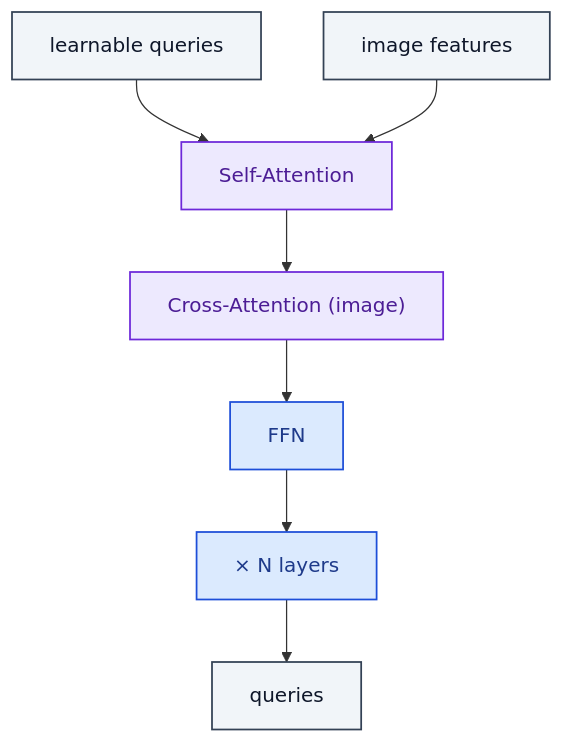
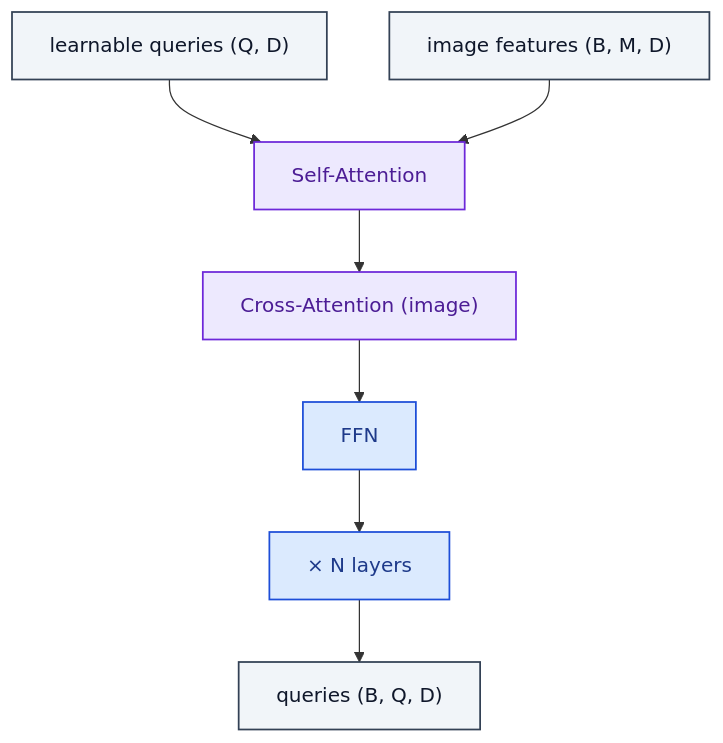
One commit to RealityShifts/Srivastava-book-of-Blocks-diagrams changed the diagram in multimodal/QFormer.md. Above: the diagram before and after it, drawn with Mermaid. The commit also changed 123 other files, not shown here.

````diff
--- a/multimodal/QFormer.md
+++ b/multimodal/QFormer.md
@@ -7,25 +7,26 @@
 ```mermaid
 flowchart TD
-    n0_0["learnable queries"]:::io
-    n0_1["image features"]:::io
+    n0_0["learnable queries  (Q, D)"]:::io
+    n0_1["image features  (B, M, D)"]:::io
     n1_0["Self-Attention"]:::attn
     n2_0["Cross-Attention (image)"]:::attn
     n3_0["FFN"]:::op
     n4_0["× N layers"]:::op
-    n5_0["queries"]:::io
+    n5_0["queries  (B, Q, D)"]:::io
     n0_0 --> n1_0
     n0_1 --> n1_0
     n1_0 --> n2_0
     n2_0 --> n3_0
     n3_0 --> n4_0
     n4_0 --> n5_0
     classDef io fill:#f1f5f9,stroke:#334155,stroke-width:1.4px,color:#0f172a
     classDef op fill:#dbeafe,stroke:#1d4ed8,stroke-width:1.4px,color:#1e3a8a
     classDef norm fill:#dcfce7,stroke:#15803d,stroke-width:1.4px,color:#14532d
     classDef act fill:#ffedd5,stroke:#c2410c,stroke-width:1.4px,color:#7c2d12
     classDef attn fill:#ede9fe,stroke:#6d28d9,stroke-width:1.4px,color:#4c1d95
     classDef merge fill:#fef3c7,stroke:#b45309,stroke-width:1.4px,color:#78350f
     classDef emb fill:#fef9c3,stroke:#a16207,stroke-width:1.4px,color:#713f12
     classDef loss fill:#fee2e2,stroke:#b91c1c,stroke-width:1.4px,color:#7f1d1d
     classDef ctrl fill:#f5f5f4,stroke:#52525b,stroke-width:1.4px,color:#27272a
+    classDef ref fill:#e0f2fe,stroke:#0369a1,stroke-width:2px,color:#0c4a6e,stroke-dasharray: 4 2
 ```
````
